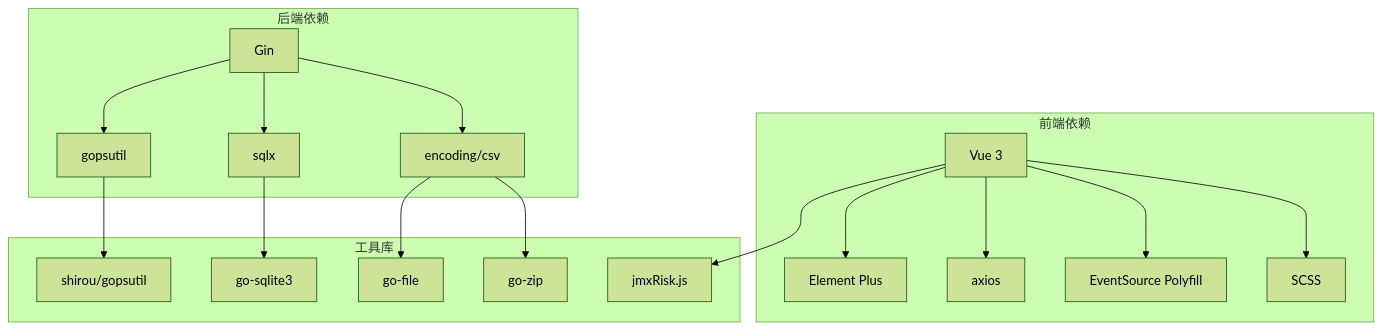
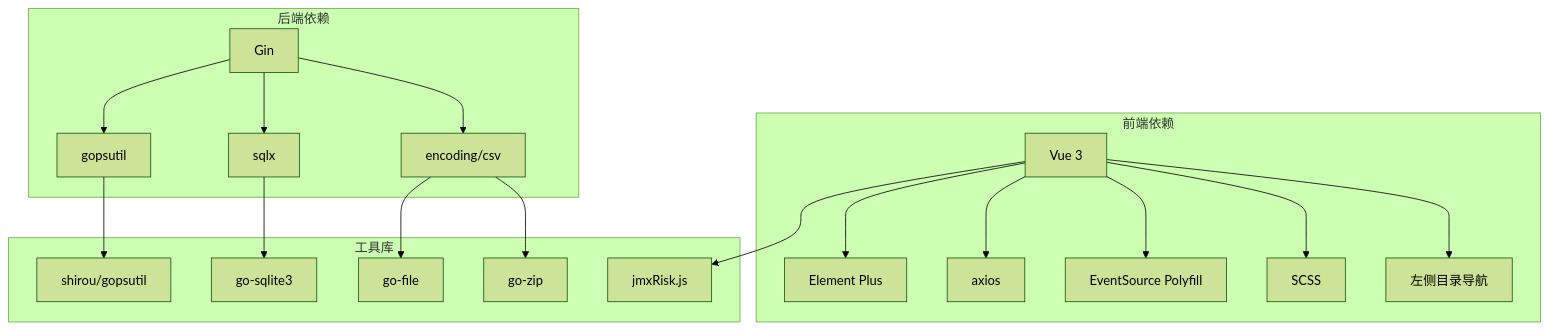
One commit to Liyuhao02/Jmeter-Admin changed diagram 27 of 29 in .qoder/repowiki/zh/content/Execution Detail View.md. Above: the diagram before and after it, drawn with Mermaid (forest theme). The commit also changed other lines of this file and 16 other files, not shown here.

````diff
--- a/.qoder/repowiki/zh/content/Execution Detail View.md
+++ b/.qoder/repowiki/zh/content/Execution Detail View.md
@@ -775,35 +983,37 @@
 ```mermaid
 graph TB
 subgraph "前端依赖"
 A[Vue 3]
 B[Element Plus]
 C[axios]
 D[EventSource Polyfill]
 E[SCSS]
+F[左侧目录导航]
 end
 subgraph "后端依赖"
-F[Gin]
-G[gopsutil]
-H[sqlx]
-I[encoding/csv]
+G[Gin]
+H[gopsutil]
+I[sqlx]
+J[encoding/csv]
 end
 subgraph "工具库"
-J[shirou/gopsutil]
-K[go-sqlite3]
-L[go-file]
-M[go-zip]
-N[jmxRisk.js]
+K[shirou/gopsutil]
+L[go-sqlite3]
+M[go-file]
+N[go-zip]
+O[jmxRisk.js]
 end
 A --> B
 A --> C
 A --> D
 A --> E
-F --> G
-F --> H
-F --> I
+A --> F
+G --> H
+G --> I
 G --> J
 H --> K
 I --> L
-I --> M
-A --> N
+J --> M
+J --> N
+A --> O
 ```
````
